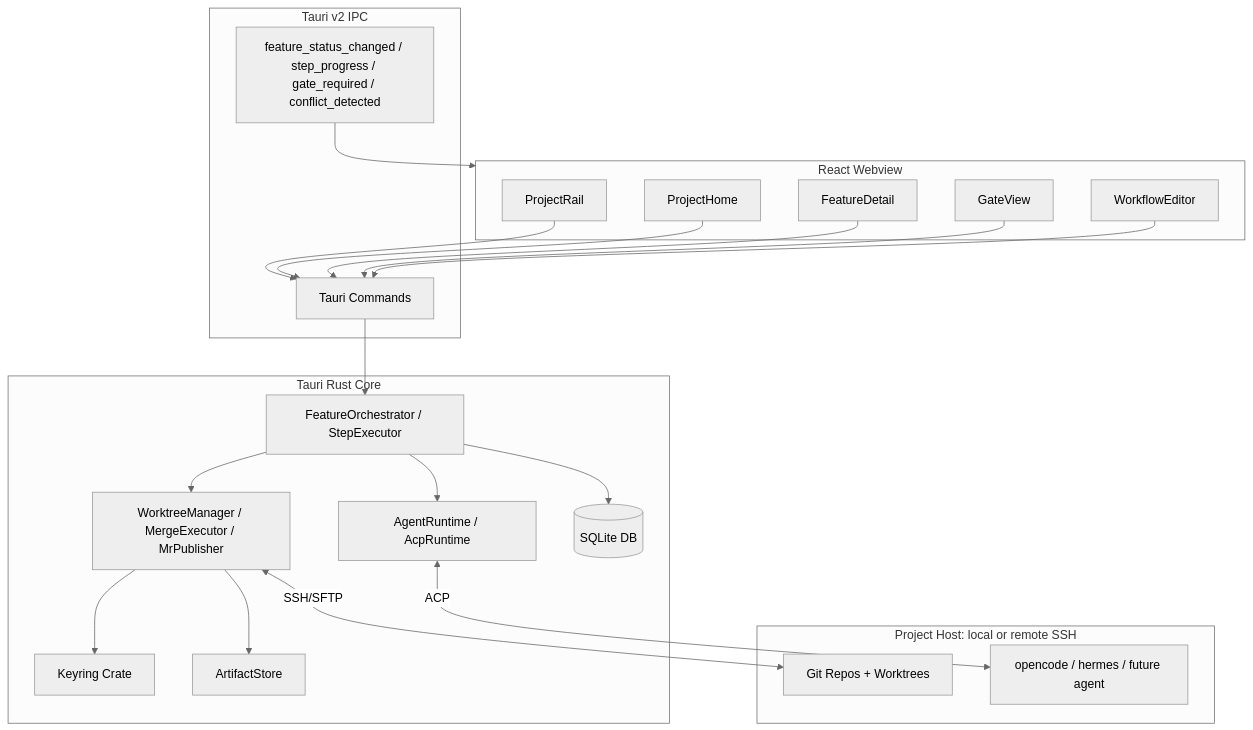
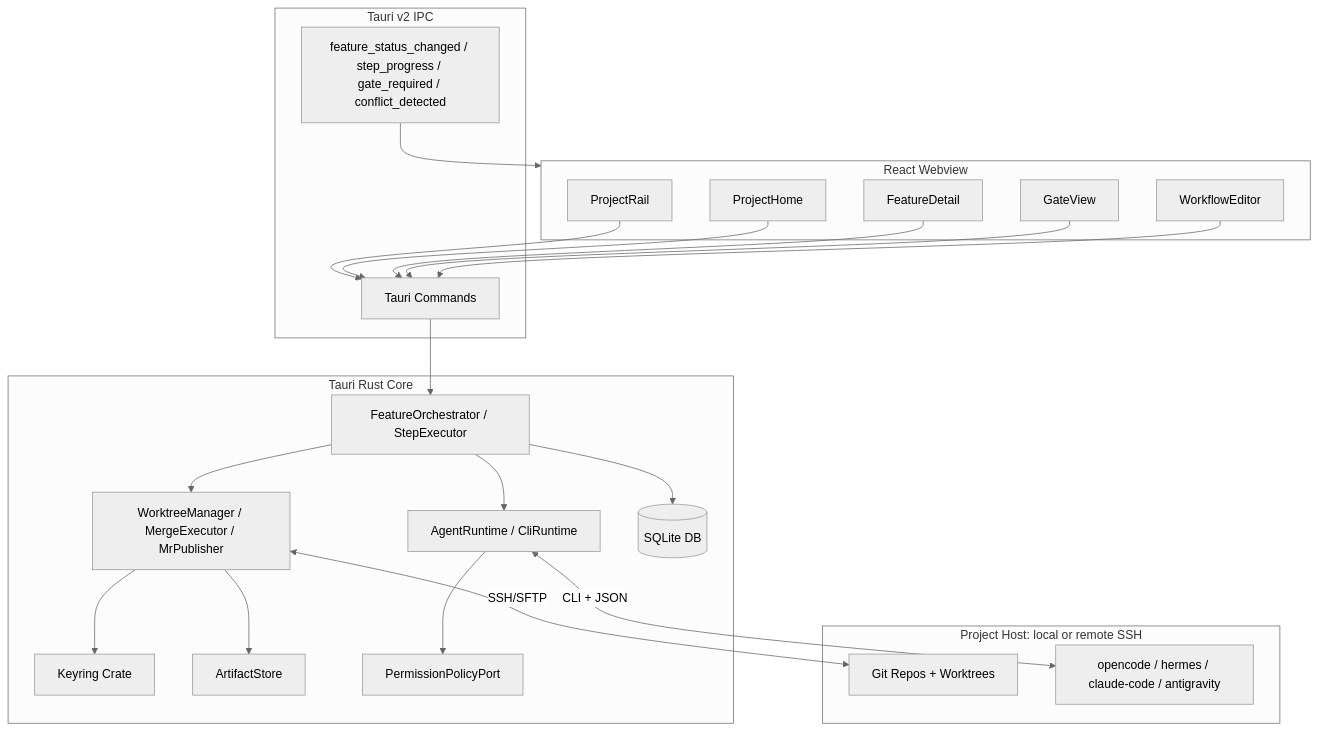
One commit to stevenyepes/demeteo changed the diagram in AGENTS.md. Above: the diagram before and after it, drawn with Mermaid (neutral theme). The commit also changed other lines of this file and 42 other files, not shown here.

Commit message:
Rethinking the agent integration from ACP to cli

````diff
--- a/AGENTS.md
+++ b/AGENTS.md
@@ -59,41 +59,43 @@
 ```mermaid
 graph TD
     subgraph Frontend [React Webview]
         Rail[ProjectRail]
         Home[ProjectHome]
         Detail[FeatureDetail]
         Gate[GateView]
         Editor[WorkflowEditor]
     end
 
     subgraph IPC [Tauri v2 IPC]
         Cmds[Tauri Commands]
         Evts[feature_status_changed / step_progress / gate_required / conflict_detected]
     end
 
     subgraph Backend [Tauri Rust Core]
         Orch[FeatureOrchestrator / StepExecutor]
         WT[WorktreeManager / MergeExecutor / MrPublisher]
-        AR[AgentRuntime / AcpRuntime]
+        AR[AgentRuntime / CliRuntime]
         DB[(SQLite DB)]
         Keys[Keyring Crate]
         AS[ArtifactStore]
+        PP[PermissionPolicyPort]
     end
 
     subgraph Project [Project Host: local or remote SSH]
         Repo[Git Repos + Worktrees]
-        Agent[opencode / hermes / future agent]
+        Agent[opencode / hermes / claude-code / antigravity]
     end
 
     Rail & Home --> Cmds
     Detail & Gate & Editor --> Cmds
     Cmds --> Orch
     Orch --> WT
     Orch --> AR
     WT --> AS
-    AR <-->|ACP| Agent
+    AR <-->|CLI + JSON| Agent
     WT <-->|SSH/SFTP| Repo
     Orch --> DB
     WT --> Keys
+    AR --> PP
     Evts --> Frontend
 ```
````
